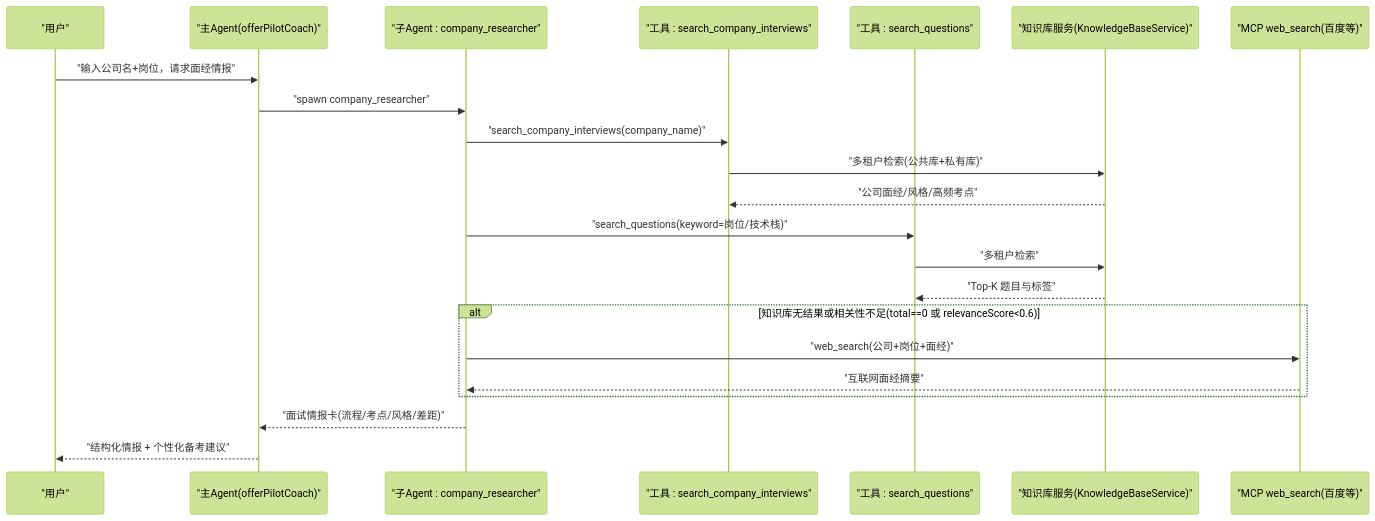
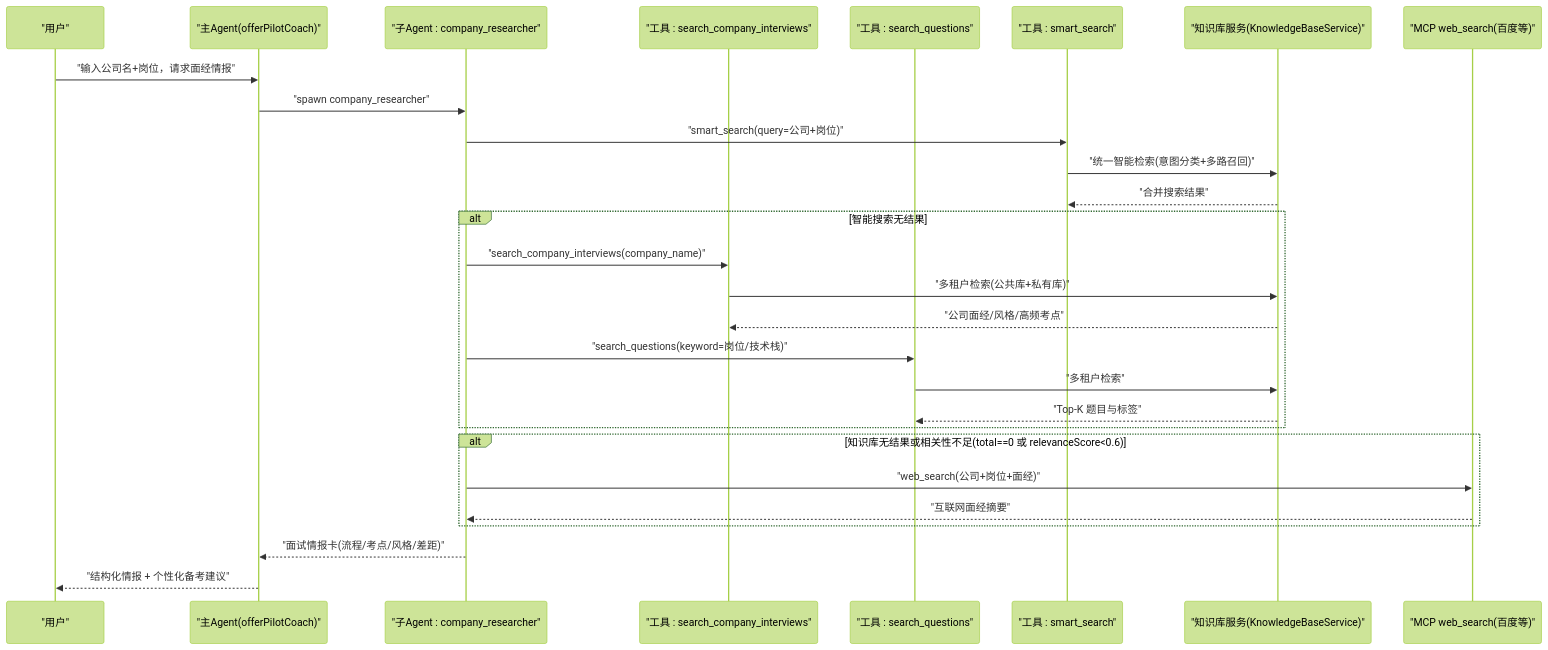
One commit to Miss-zhi/OfferPilot changed the fourth of 6 diagrams in .qoder/repowiki/zh/content/六大核心求职环节 Agent 交互时序.md. Above: the diagram before and after it, drawn with Mermaid (forest theme). The commit also changed other lines of this file and 206 other files, not shown here.

````diff
--- a/.qoder/repowiki/zh/content/六大核心求职环节 Agent 交互时序.md
+++ b/.qoder/repowiki/zh/content/六大核心求职环节 Agent 交互时序.md
@@ -162,24 +204,30 @@
 ```mermaid
 sequenceDiagram
 participant U as "用户"
 participant C as "主Agent(offerPilotCoach)"
 participant CR as "子Agent : company_researcher"
 participant CI as "工具 : search_company_interviews"
 participant QS as "工具 : search_questions"
+participant SS as "工具 : smart_search"
 participant KB as "知识库服务(KnowledgeBaseService)"
 participant MCP as "MCP web_search(百度等)"
 U->>C : "输入公司名+岗位，请求面经情报"
 C->>CR : "spawn company_researcher"
+CR->>SS : "smart_search(query=公司+岗位)"
+SS->>KB : "统一智能检索(意图分类+多路召回)"
+KB-->>SS : "合并搜索结果"
+alt 智能搜索无结果
 CR->>CI : "search_company_interviews(company_name)"
 CI->>KB : "多租户检索(公共库+私有库)"
 KB-->>CI : "公司面经/风格/高频考点"
 CR->>QS : "search_questions(keyword=岗位/技术栈)"
 QS->>KB : "多租户检索"
 KB-->>QS : "Top-K 题目与标签"
+end
 alt 知识库无结果或相关性不足(total==0 或 relevanceScore<0.6)
 CR->>MCP : "web_search(公司+岗位+面经)"
 MCP-->>CR : "互联网面经摘要"
 end
 CR-->>C : "面试情报卡(流程/考点/风格/差距)"
 C-->>U : "结构化情报 + 个性化备考建议"
 ```
````
